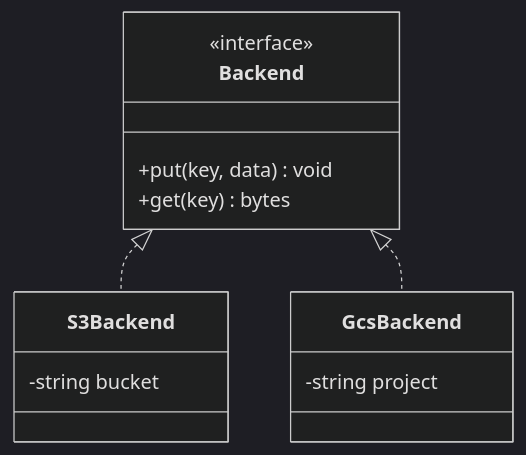
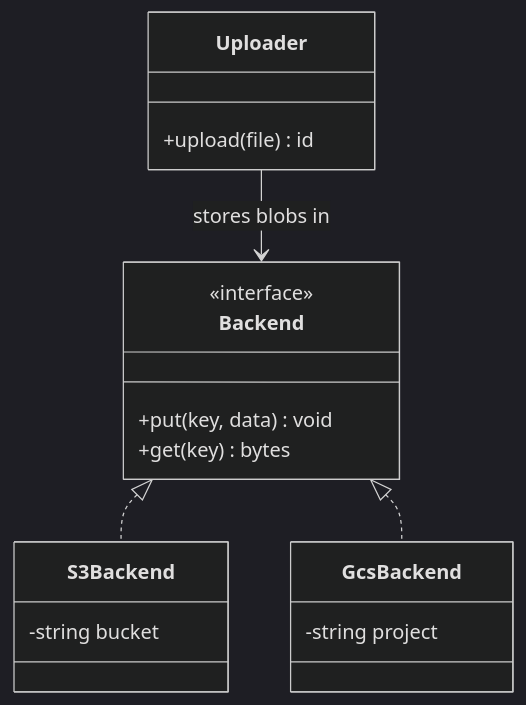
The diagram in docs/diagramize/class.mmd (karczews/skills), drawn with Mermaid (dark theme) before and after one commit. The commit also changed 14 other files, not shown here.

```diff
--- a/docs/diagramize/class.mmd
+++ b/docs/diagramize/class.mmd
@@ -1,14 +1,18 @@
 classDiagram
     class Backend {
         <<interface>>
         +put(key, data) void
         +get(key) bytes
     }
     class S3Backend {
         -string bucket
     }
     class GcsBackend {
         -string project
     }
     Backend <|.. S3Backend
     Backend <|.. GcsBackend
+    class Uploader {
+        +upload(file) id
+    }
+    Uploader --> Backend : stores blobs in
```
